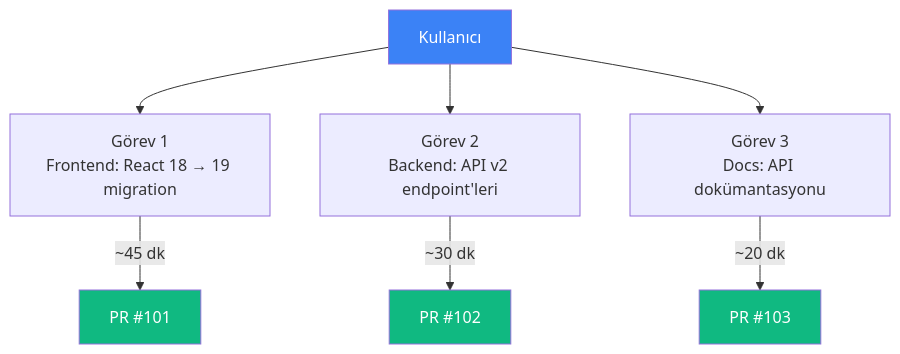
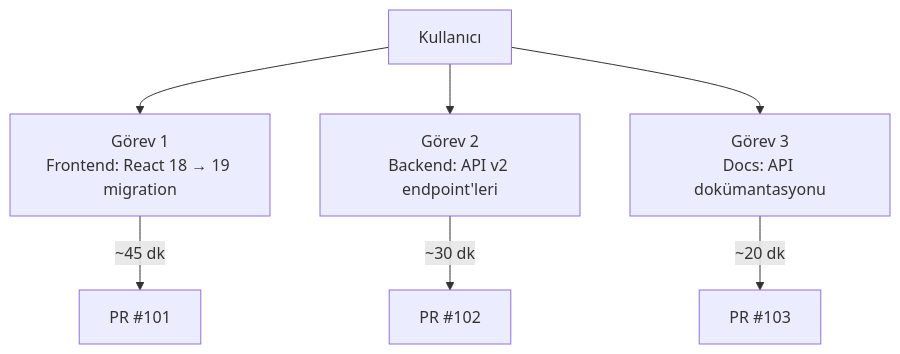
One commit to IzzetYasinAtes/ClaudeCodeHandbook changed the fifth of 7 diagrams in 15-entegrasyonlar/08-web-uzerinde-claude-code.md. Above: the diagram before and after it, drawn with Mermaid. The commit also changed other lines of this file and 97 other files, not shown here.

Commit message:
Remove all custom Mermaid style/fill colors from 98 markdown files for consistent dark theme rendering

````diff
--- a/15-entegrasyonlar/08-web-uzerinde-claude-code.md
+++ b/15-entegrasyonlar/08-web-uzerinde-claude-code.md
@@ -161,17 +152,13 @@
 ```mermaid
 flowchart TB
     U["Kullanıcı"]
     
     U --> G1["Görev 1<br/>Frontend: React 18 → 19 migration"]
     U --> G2["Görev 2<br/>Backend: API v2 endpoint'leri"]
     U --> G3["Görev 3<br/>Docs: API dokümantasyonu"]
 
     G1 -->|"~45 dk"| PR1["PR #101"]
     G2 -->|"~30 dk"| PR2["PR #102"]
     G3 -->|"~20 dk"| PR3["PR #103"]
 
-    style U fill:#3B82F6,color:#fff
-    style PR1 fill:#10B981,color:#fff
-    style PR2 fill:#10B981,color:#fff
-    style PR3 fill:#10B981,color:#fff
 ```
````
